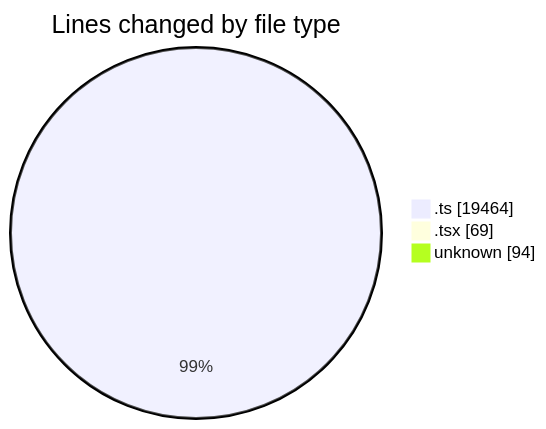
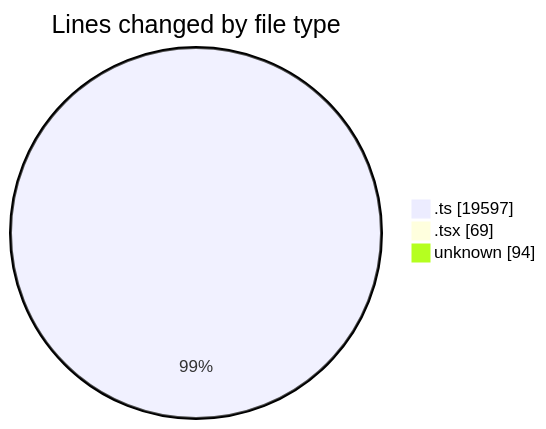
One commit to momahboobian/code-tracking changed the first of 2 diagrams in 2025-09-11/cda/README.md. Above: the diagram before and after it, drawn with Mermaid. The commit also changed other lines of this file and 1 other file, not shown here.

````diff
--- a/2025-09-11/cda/README.md
+++ b/2025-09-11/cda/README.md
@@ -30,7 +30,7 @@
 ```mermaid
 pie showData
 title Lines changed by file type
-".ts" : 19464
+".ts" : 19597
 ".tsx" : 69
 "unknown" : 94
 ```
````
